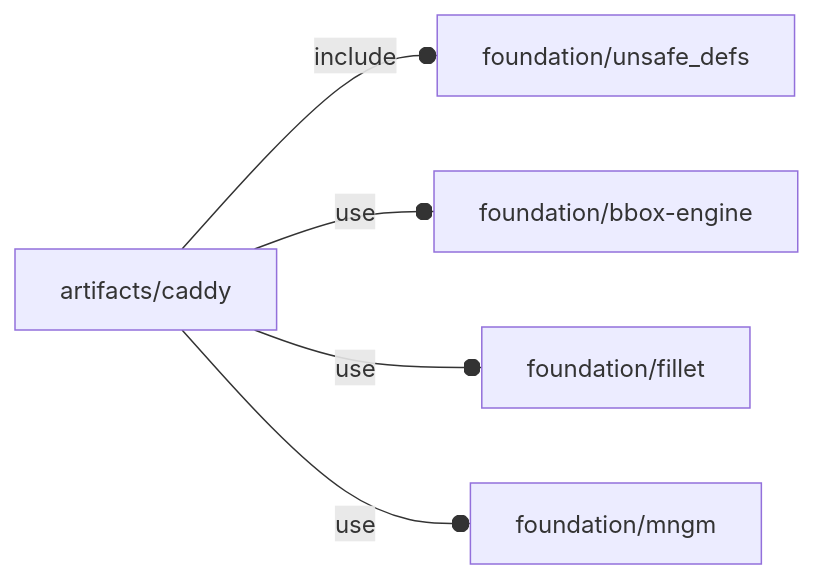
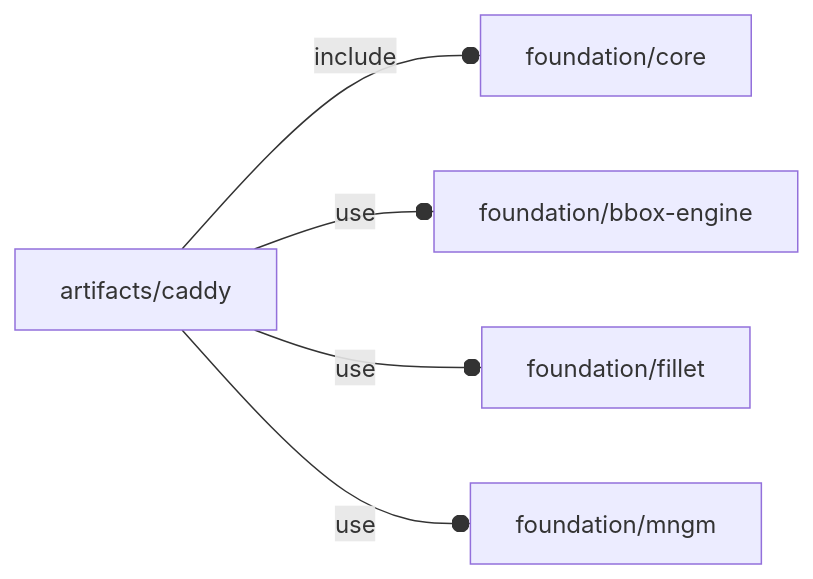
One commit to ggabbiani/OFL changed the diagram in orthodocs/artifacts/caddy.md. Above: the diagram before and after it, drawn with Mermaid. The commit also changed 3 other files, not shown here.

Commit message:
Removed undesired dependency from unsafe_defs

````diff
--- a/orthodocs/artifacts/caddy.md
+++ b/orthodocs/artifacts/caddy.md
@@ -5,7 +5,7 @@
 ```mermaid
 graph LR
-    A1[artifacts/caddy] --o|include| A2[foundation/unsafe_defs]
+    A1[artifacts/caddy] --o|include| A2[foundation/core]
     A1 --o|use| A3[foundation/bbox-engine]
     A1 --o|use| A4[foundation/fillet]
     A1 --o|use| A5[foundation/mngm]
 ```
````
